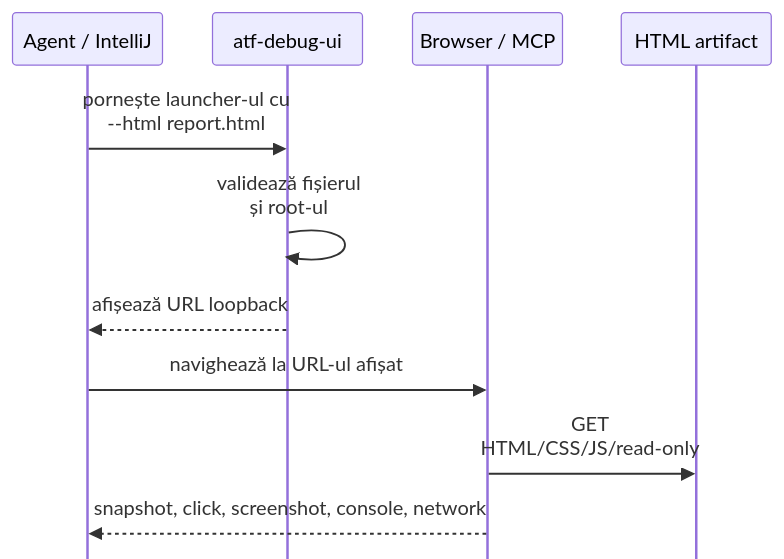
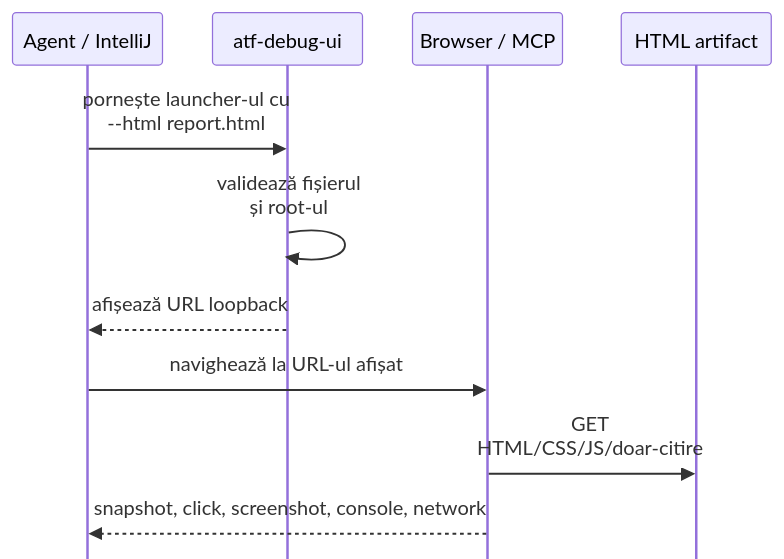
The diagram in atf-debug-ui/README.md (crististefanita/atf_j0), drawn with Mermaid before and after one commit. The commit also changed other lines of this file and 113 other files, not shown here.

````diff
--- a/atf-debug-ui/README.md
+++ b/atf-debug-ui/README.md
@@ -21,15 +25,15 @@
 ```mermaid
 %%{init: {"themeVariables":{"fontSize":"15px","actorFontSize":"15px","messageFontSize":"12px","noteFontSize":"12px"},"themeCSS":".actor { font-size: 15px !important; } .messageText, .labelText, .loopText, .noteText { font-size: 12px !important; }","sequence":{"actorFontSize":15,"messageFontSize":12,"noteFontSize":12,"width":120,"height":42,"actorMargin":40,"messageMargin":24,"mirrorActors":false,"wrap":true,"wrapPadding":6}}}%%
 sequenceDiagram
     participant A as Agent / IntelliJ
     participant D as atf-debug-ui
     participant P as Browser / MCP
     participant H as HTML artifact
 
     A->>D: pornește launcher-ul cu --html report.html
     D->>D: validează fișierul și root-ul
     D-->>A: afișează URL loopback
     A->>P: navighează la URL-ul afișat
-    P->>H: GET HTML/CSS/JS/read-only
+    P->>H: GET HTML/CSS/JS/doar-citire
     P-->>A: snapshot, click, screenshot, console, network
 ```
````
